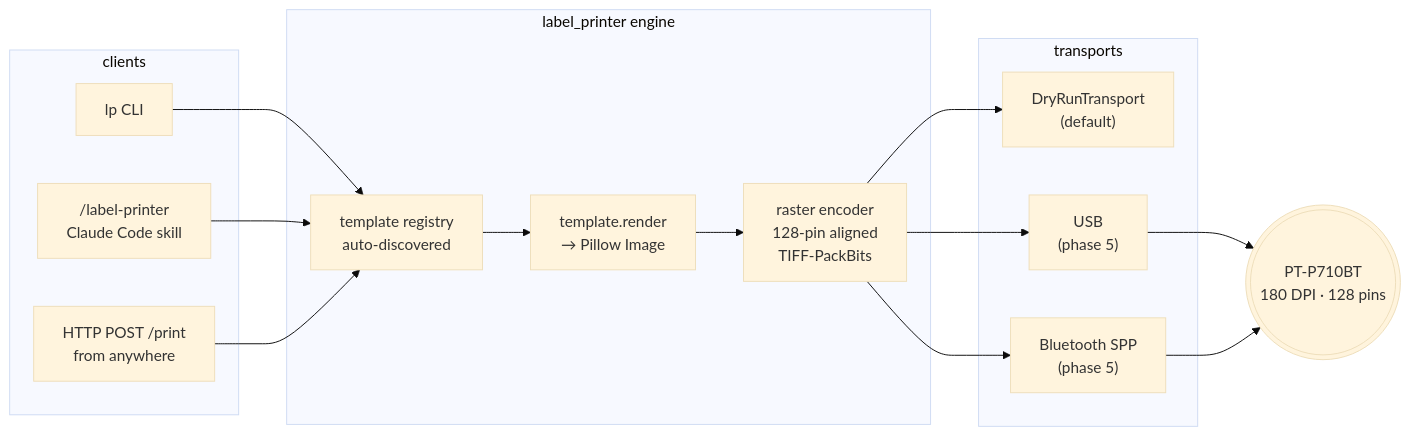
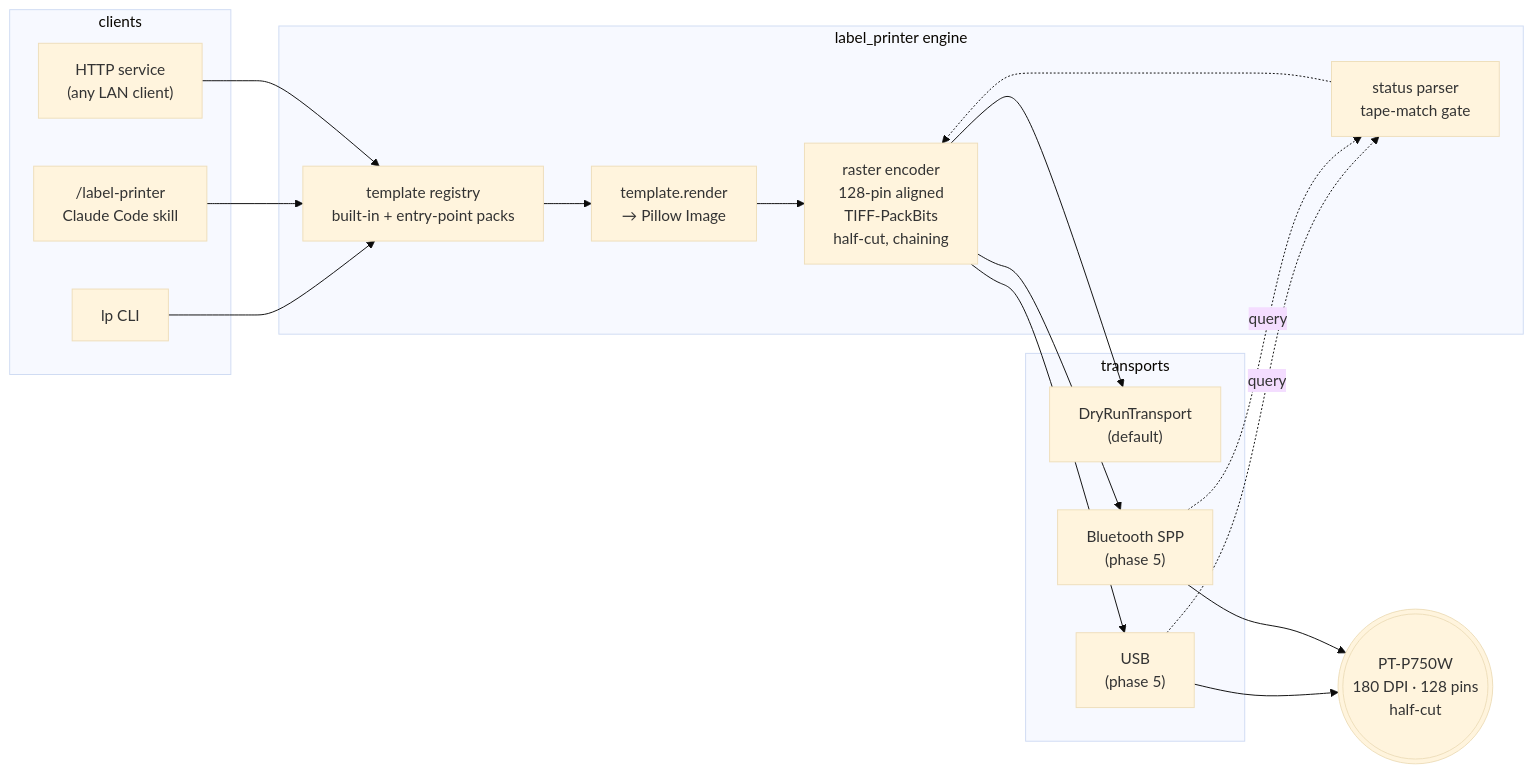
One commit to aes87/brother-ptouch-automation changed the first of 5 diagrams in README.md. Above: the diagram before and after it, drawn with Mermaid (base theme). The commit also changed other lines of this file, not shown here.

First line of the commit message:
Rewrite README to showcase every feature + update all diagrams

````diff
--- a/README.md
+++ b/README.md
@@ -41,33 +53,37 @@
 ```mermaid
 flowchart LR
     subgraph clients["clients"]
         CLI["lp CLI"]
         Skill["/label-printer<br/>Claude Code skill"]
-        HTTP["HTTP POST /print<br/>from anywhere"]
+        HTTP["HTTP service<br/>(any LAN client)"]
     end
 
     subgraph engine["label_printer engine"]
-        Registry["template registry<br/>auto-discovered"]
+        Registry["template registry<br/>built-in + entry-point packs"]
         Renderer["template.render<br/>→ Pillow Image"]
-        RasterEnc["raster encoder<br/>128-pin aligned<br/>TIFF-PackBits"]
+        RasterEnc["raster encoder<br/>128-pin aligned<br/>TIFF-PackBits<br/>half-cut, chaining"]
+        Status["status parser<br/>tape-match gate"]
     end
 
     subgraph transports["transports"]
         Dryrun["DryRunTransport<br/>(default)"]
         USB["USB<br/>(phase 5)"]
         BT["Bluetooth SPP<br/>(phase 5)"]
     end
 
-    Printer((("PT-P710BT<br/>180 DPI · 128 pins")))
+    Printer((("PT-P750W<br/>180 DPI · 128 pins<br/>half-cut")))
 
     CLI --> Registry
     Skill --> Registry
     HTTP --> Registry
     Registry --> Renderer
     Renderer --> RasterEnc
     RasterEnc --> Dryrun
     RasterEnc --> USB
     RasterEnc --> BT
+    USB -.query.-> Status
+    BT -.query.-> Status
+    Status -.-> RasterEnc
     USB --> Printer
     BT --> Printer
 ```
````
